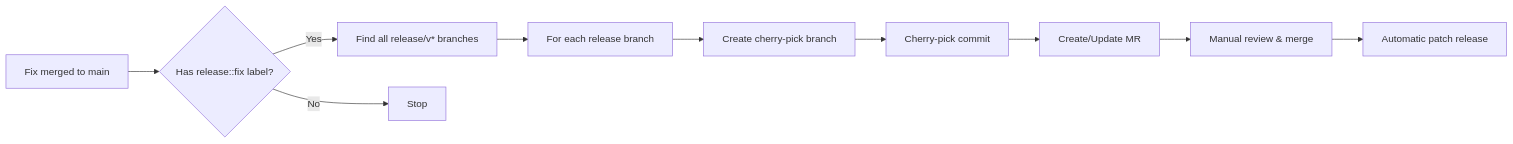
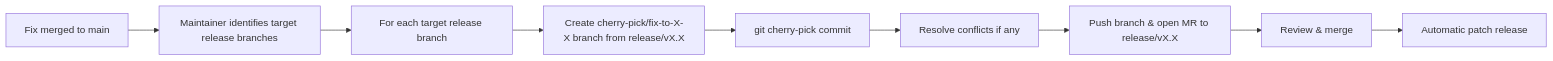
One commit to aria-ml/dataeval changed the third of 7 diagrams in BRANCHING.md. Above: the diagram before and after it, drawn with Mermaid. The commit also changed other lines of this file, not shown here.

````diff
--- a/BRANCHING.md
+++ b/BRANCHING.md
@@ -123,12 +123,11 @@
 ```mermaid
 graph LR
-    A[Fix merged to main] --> B{Has release::fix label?}
-    B -->|Yes| C[Find all release/v* branches]
-    B -->|No| D[Stop]
-    C --> E[For each release branch]
-    E --> F[Create cherry-pick branch]
-    F --> G[Cherry-pick commit]
-    G --> H[Create/Update MR]
-    H --> I[Manual review & merge]
-    I --> J[Automatic patch release]
+    A[Fix merged to main] --> B[Maintainer identifies target release branches]
+    B --> C[For each target release branch]
+    C --> D[Create cherry-pick/fix-to-X-X branch from release/vX.X]
+    D --> E[git cherry-pick commit]
+    E --> F[Resolve conflicts if any]
+    F --> G[Push branch & open MR to release/vX.X]
+    G --> H[Review & merge]
+    H --> I[Automatic patch release]
 ```
````
